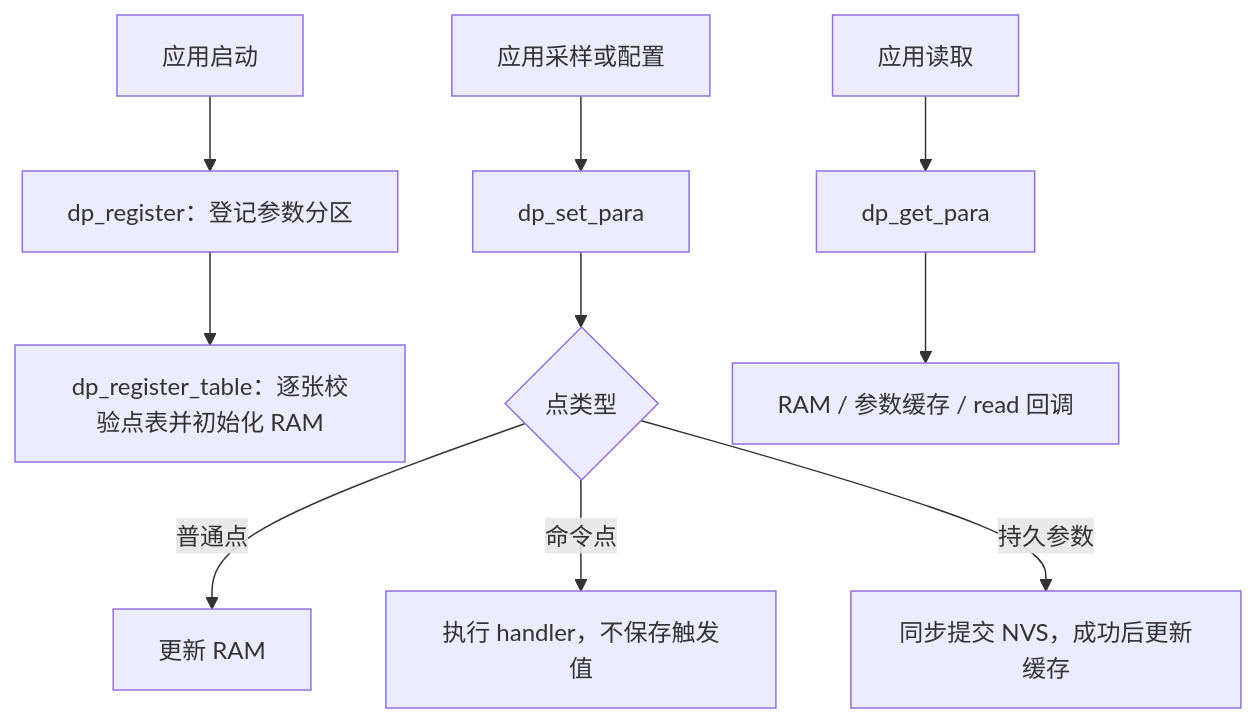
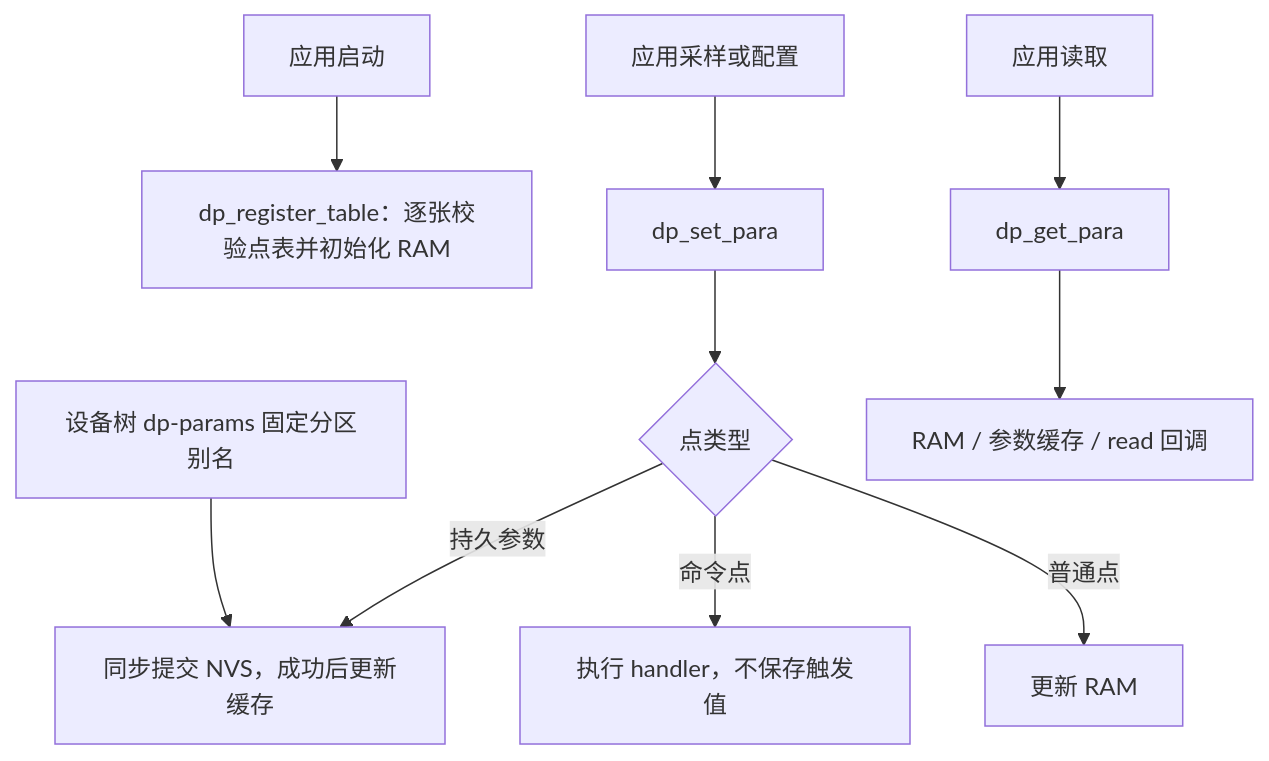
Before and after one commit to ryaaaaaan96/IDU-pre: the diagram in modules/dataprocess/README.md, drawn with Mermaid. The commit also changed other lines of this file and 16 other files, not shown here.

````diff
--- a/modules/dataprocess/README.md
+++ b/modules/dataprocess/README.md
@@ -9,12 +9,12 @@
 ```mermaid
 flowchart TD
-    A[应用启动] --> B[dp_register：登记参数分区]
-    B --> C[dp_register_table：逐张校验点表并初始化 RAM]
+    A[应用启动] --> C[dp_register_table：逐张校验点表并初始化 RAM]
+    B[设备树 dp-params 固定分区别名] --> I
     D[应用采样或配置] --> E[dp_set_para]
     E --> F{点类型}
     F -->|普通点| G[更新 RAM]
     F -->|命令点| H[执行 handler，不保存触发值]
     F -->|持久参数| I[同步提交 NVS，成功后更新缓存]
     J[应用读取] --> K[dp_get_para]
     K --> L[RAM / 参数缓存 / read 回调]
 ```
````
